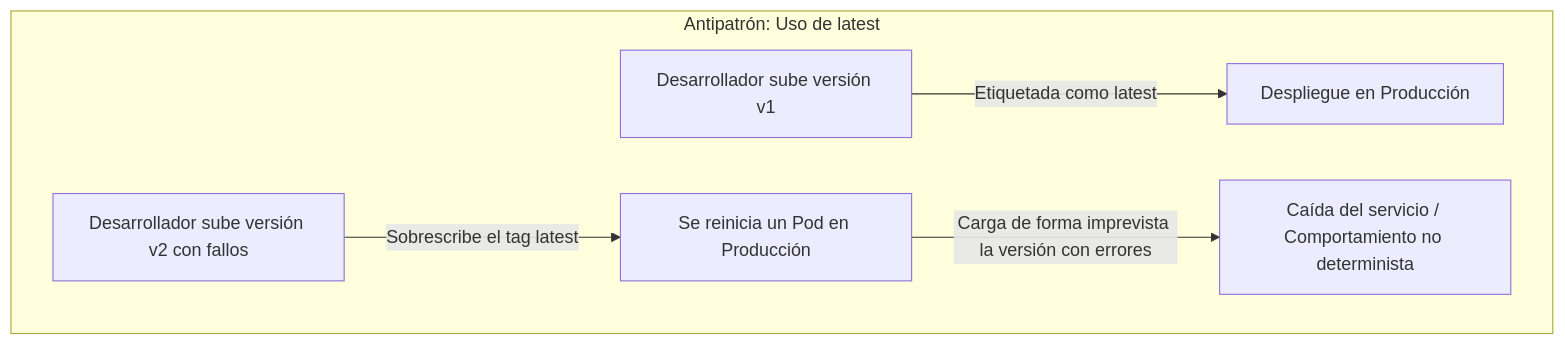
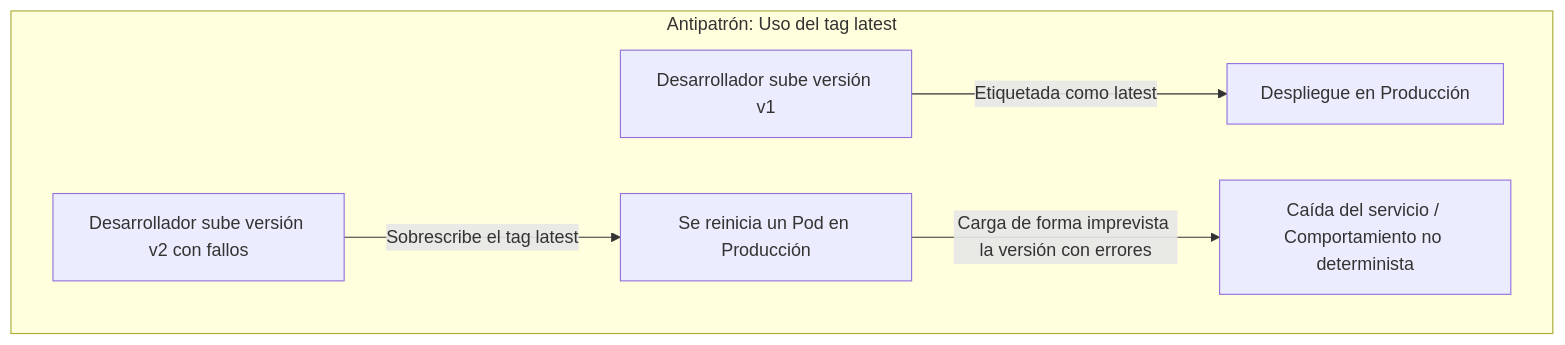
Before and after one commit to ieftraining/curso-openshift: the third of 6 diagrams in docs/sesion4/4.4 Registro, gestión y seguridad de imágenes.md, drawn with Mermaid. The commit also changed other lines of this file, not shown here.

````diff
--- a/docs/sesion4/4.4 Registro, gestión y seguridad de imágenes.md
+++ b/docs/sesion4/4.4 Registro, gestión y seguridad de imágenes.md
@@ -99,8 +85,8 @@
 ```mermaid
 flowchart TD
-    subgraph Antipatrón: Uso de latest
+    subgraph Antipatrón: Uso del tag latest
         A[Desarrollador sube versión v1] -->|Etiquetada como latest| B[Despliegue en Producción]
         C[Desarrollador sube versión v2 con fallos] -->|Sobrescribe el tag latest| D[Se reinicia un Pod en Producción]
         D -->|Carga de forma imprevista la versión con errores| E[Caída del servicio / Comportamiento no determinista]
     end
 ```
````
